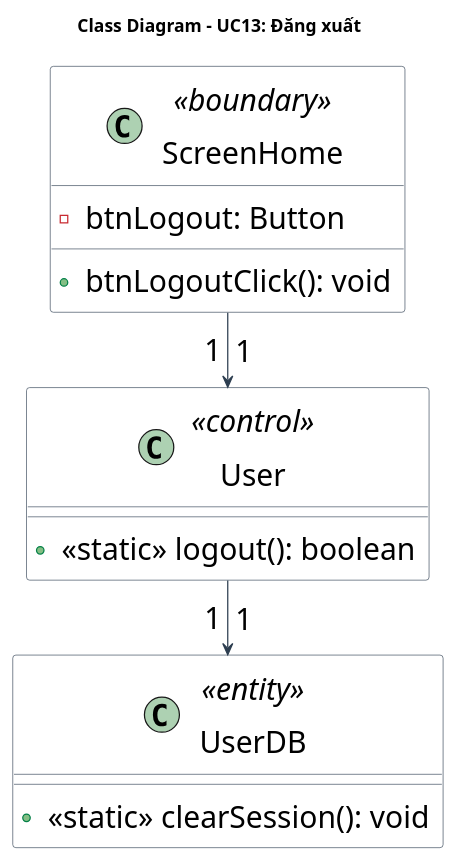
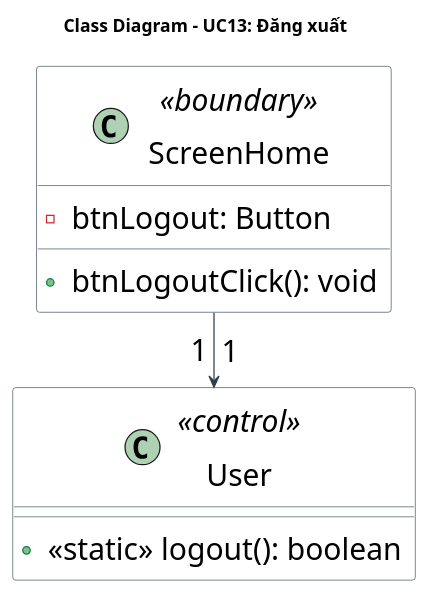
One commit to Gnourt812005/HCMUS-Analyze-and-desgin-IS changed the diagram in doc/system/dang_xuat/DangXuat_ClassDiagram.wsd. Above: the diagram before and after it, drawn with PlantUML. The commit also changed 6 other files, not shown here.

```diff
--- a/doc/system/dang_xuat/DangXuat_ClassDiagram.wsd
+++ b/doc/system/dang_xuat/DangXuat_ClassDiagram.wsd
@@ -1,34 +1,28 @@
 @startuml DangXuat_ClassDiagram
 title Class Diagram - UC13: Đăng xuất
 
 ' --- STYLE CONFIGURATION ---
 skinparam {
     ClassBackgroundColor White
     ClassBorderColor #2D3E50
     ArrowColor #2D3E50
     DefaultFontName "Arial"
     DefaultFontSize 24
     Padding 5
 }
 
 ' --- BOUNDARY LAYER ---
 class "ScreenHome" as ScreenHome <<boundary>> {
     - btnLogout: Button
     + btnLogoutClick(): void
 }
 
 ' --- BUSINESS LAYER ---
 class "User" <<control>> {
     + <<static>> logout(): boolean
 }
 
-' --- DATABASE LAYER ---
-class "UserDB" as UserDB <<entity>> {
-    + <<static>> clearSession(): void
-}
-
 ' --- RELATIONSHIPS ---
 ScreenHome "1" --> "1" User
-User "1" --> "1" UserDB
 
 @enduml
```
